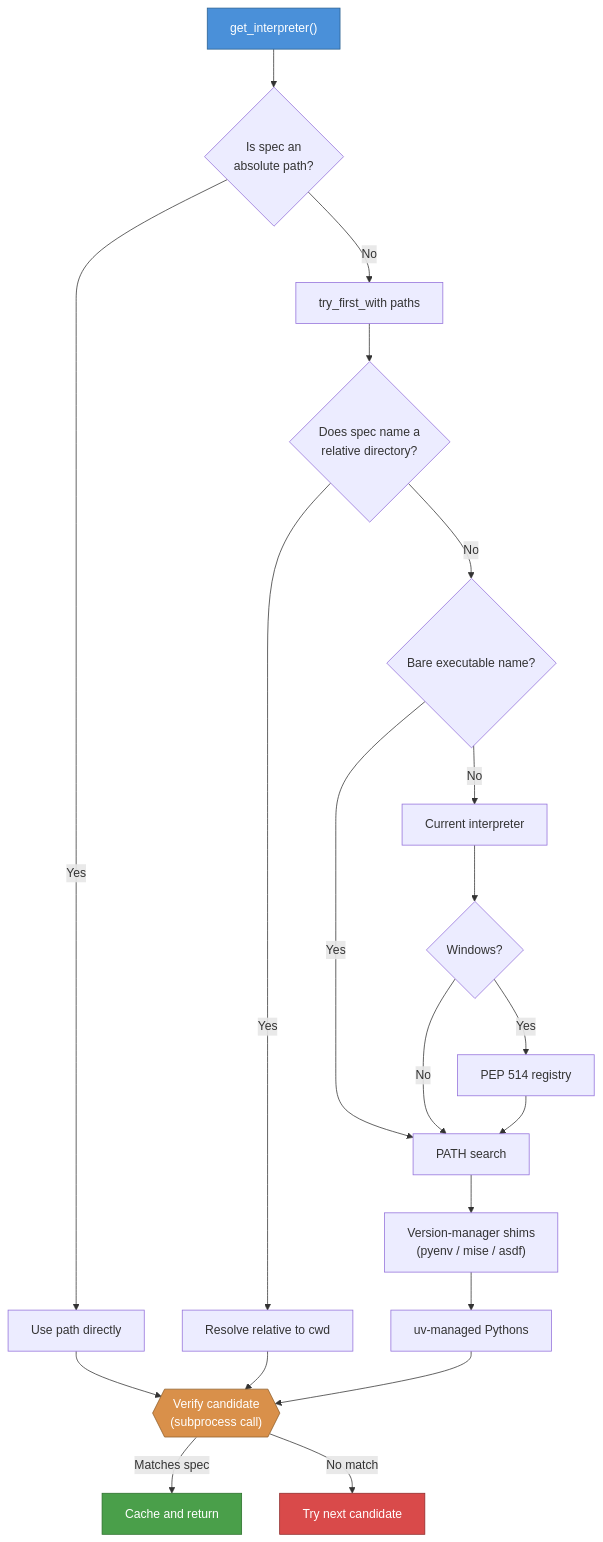
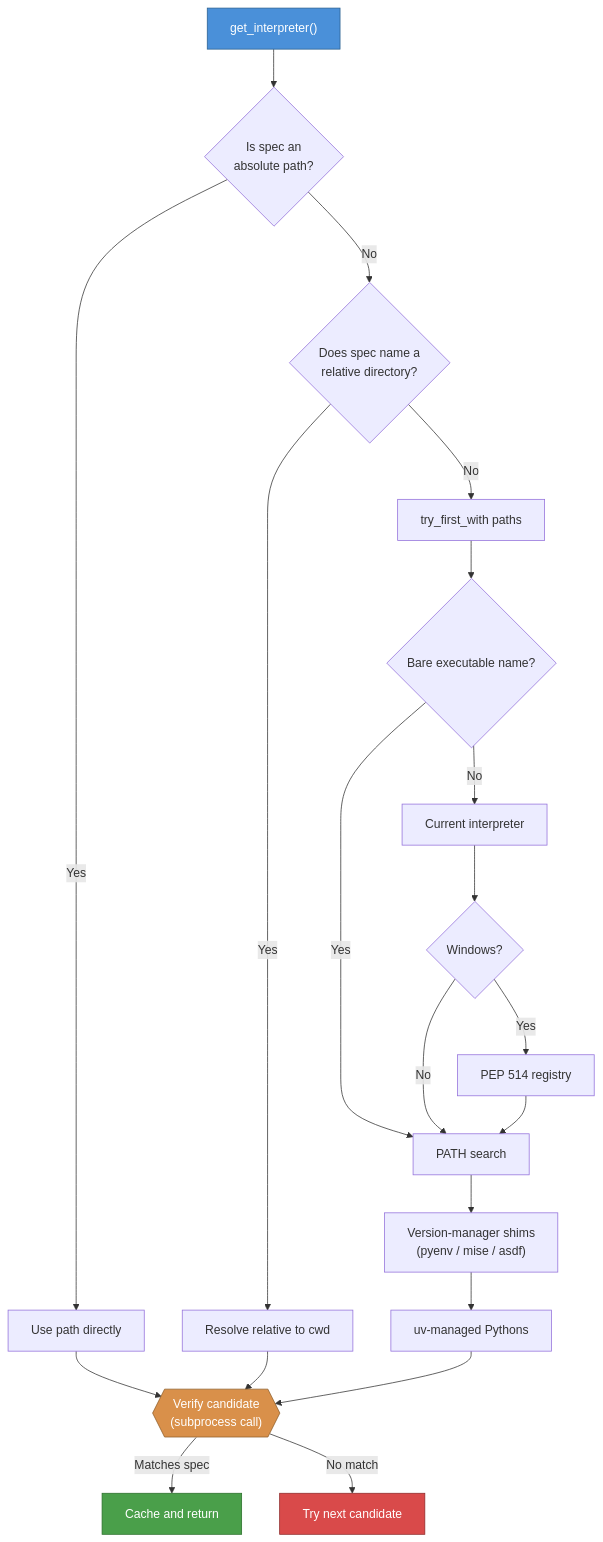
The first of 7 diagrams in docs/explanation.rst (tox-dev/python-discovery), drawn with Mermaid before and after one commit. The commit also changed 3 other files, not shown here.

First line of the commit message:
🐛 fix(discovery): let a relative path beat try_first_with

```diff
--- a/docs/explanation.rst
+++ b/docs/explanation.rst
@@ -10,30 +10,30 @@
 .. mermaid::
 
     flowchart TD
         Start["get_interpreter()"] --> AbsPath{"Is spec an<br>absolute path?"}
         AbsPath -->|Yes| TryAbs["Use path directly"]
-        AbsPath -->|No| TryFirst["try_first_with paths"]
-        TryFirst --> RelPath{"Does spec name a<br>relative directory?"}
+        AbsPath -->|No| RelPath{"Does spec name a<br>relative directory?"}
         RelPath -->|Yes| TryRel["Resolve relative to cwd"]
-        RelPath -->|No| Bare{"Bare executable name?"}
+        RelPath -->|No| TryFirst["try_first_with paths"]
+        TryFirst --> Bare{"Bare executable name?"}
         Bare -->|Yes| PATH
         Bare -->|No| Current["Current interpreter"]
         Current --> Win{"Windows?"}
         Win -->|Yes| PEP514["PEP 514 registry"]
         Win -->|No| PATH
         PEP514 --> PATH["PATH search"]
         PATH --> Shims["Version-manager shims<br>(pyenv / mise / asdf)"]
         Shims --> UV["uv-managed Pythons"]
 
         TryAbs --> Verify
         TryRel --> Verify
         UV --> Verify
 
         Verify{{"Verify candidate<br>(subprocess call)"}}
         Verify -->|Matches spec| Cache["Cache and return"]
         Verify -->|No match| Next["Try next candidate"]
 
         style Start fill:#4a90d9,stroke:#2a5f8f,color:#fff
         style Verify fill:#d9904a,stroke:#8f5f2a,color:#fff
         style Cache fill:#4a9f4a,stroke:#2a6f2a,color:#fff
         style Next fill:#d94a4a,stroke:#8f2a2a,color:#fff
```
